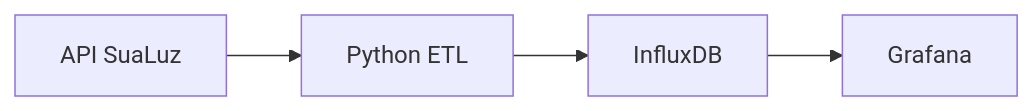
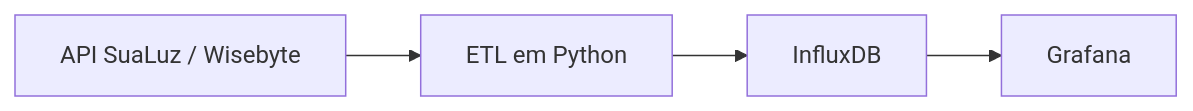
One commit to Adrianozk/sualuz-influxdb-importer changed the diagram in README.MD. Above: the diagram before and after it, drawn with Mermaid. The commit also changed other lines of this file and 8 other files, not shown here.

First line of the commit message:
fix: migra coleta para a nova API Wisebyte

````diff
--- a/README.MD
+++ b/README.MD
@@ -9,6 +9,6 @@
 ```mermaid
 flowchart LR
-    A["API SuaLuz"] --> B["Python ETL"]
+    A["API SuaLuz / Wisebyte"] --> B["ETL em Python"]
     B --> C["InfluxDB"]
     C --> D["Grafana"]
 ```
````
